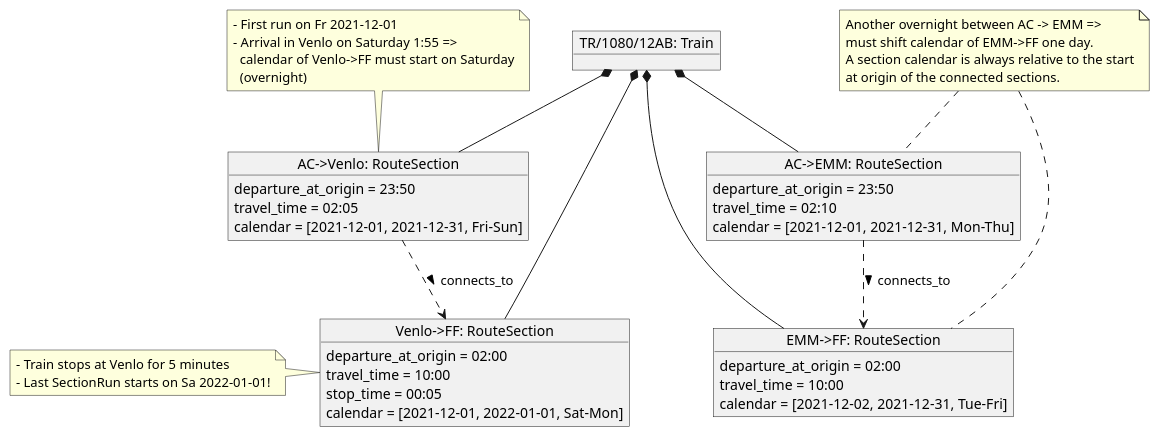
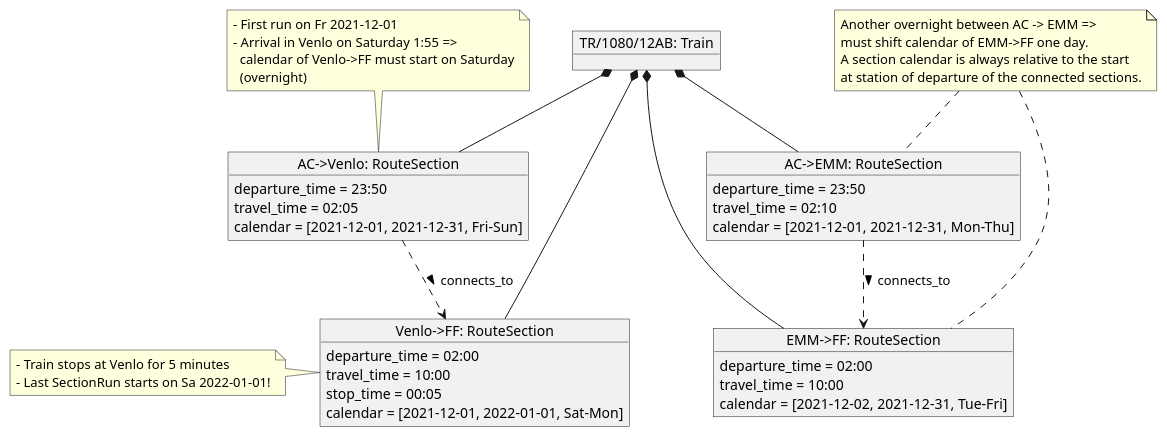
One commit to monora/tom changed the diagram in docs/uml/tom-example-ac-ff.puml. Above: the diagram before and after it, drawn with PlantUML. The commit also changed 14 other files, not shown here.

First line of the commit message:
Rename (origin, destination) to (departure_station, arrival_station)

```diff
--- a/docs/uml/tom-example-ac-ff.puml
+++ b/docs/uml/tom-example-ac-ff.puml
@@ -1,50 +1,50 @@
 object "TR/1080/12AB: Train" as tr
 object "AC->EMM: RouteSection" as ac_emm
 object "AC->Venlo: RouteSection" as ac_venlo
 object "EMM->FF: RouteSection" as emm_ff
 object "Venlo->FF: RouteSection" as venlo_ff
 
-ac_emm : departure_at_origin = 23:50
+ac_emm : departure_time = 23:50
 ac_emm : travel_time = 02:10
 ac_emm : calendar = [2021-12-01, 2021-12-31, Mon-Thu]
 
-emm_ff : departure_at_origin = 02:00
+emm_ff : departure_time = 02:00
 emm_ff : travel_time = 10:00
 emm_ff : calendar = [2021-12-02, 2021-12-31, Tue-Fri]
 
-ac_venlo : departure_at_origin = 23:50
+ac_venlo : departure_time = 23:50
 ac_venlo : travel_time = 02:05
 ac_venlo : calendar = [2021-12-01, 2021-12-31, Fri-Sun]
 
-venlo_ff : departure_at_origin = 02:00
+venlo_ff : departure_time = 02:00
 venlo_ff : travel_time = 10:00
 venlo_ff : stop_time = 00:05
 venlo_ff : calendar = [2021-12-01, 2022-01-01, Sat-Mon]
 
 tr *-- ac_emm
 tr *-- ac_venlo
 tr *-- emm_ff
 tr *-- venlo_ff
 
 ac_emm ..> emm_ff : connects_to >
 ac_venlo ..> venlo_ff : connects_to >
 
 note top of ac_venlo
     - First run on Fr 2021-12-01
     - Arrival in Venlo on Saturday 1:55 =>
       calendar of Venlo->FF must start on Saturday
       (overnight)
 end note
 note left of venlo_ff
     - Train stops at Venlo for 5 minutes
     - Last SectionRun starts on Sa 2022-01-01!
 end note
 
 note as n1
     Another overnight between AC -> EMM =>
     must shift calendar of EMM->FF one day.
     A section calendar is always relative to the start
-    at origin of the connected sections.
+    at station of departure of the connected sections.
 end note
 n1 .. emm_ff
 n1 .. ac_emm
```
